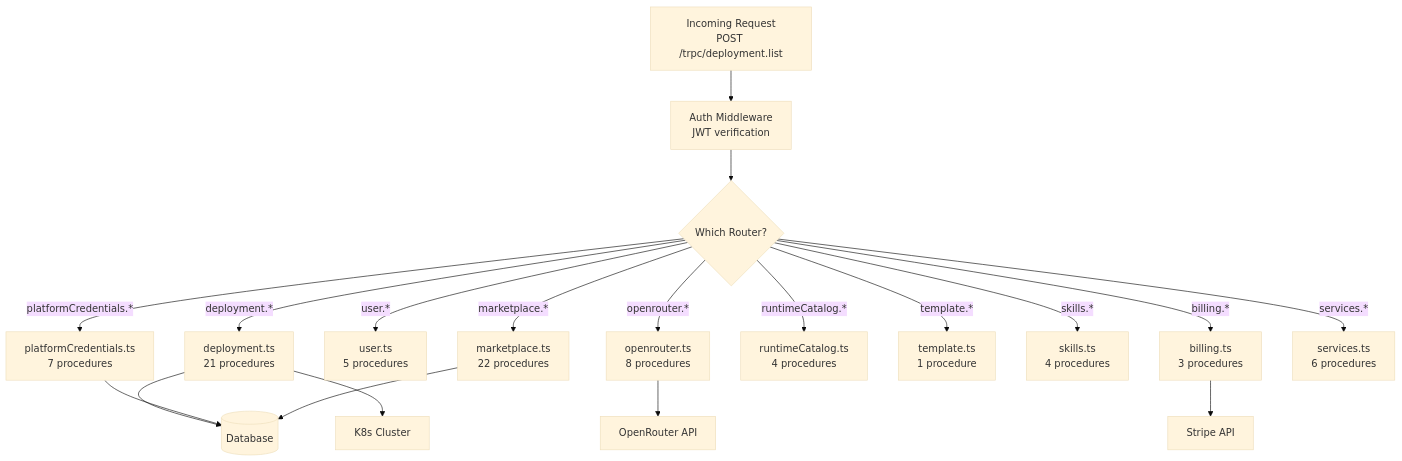
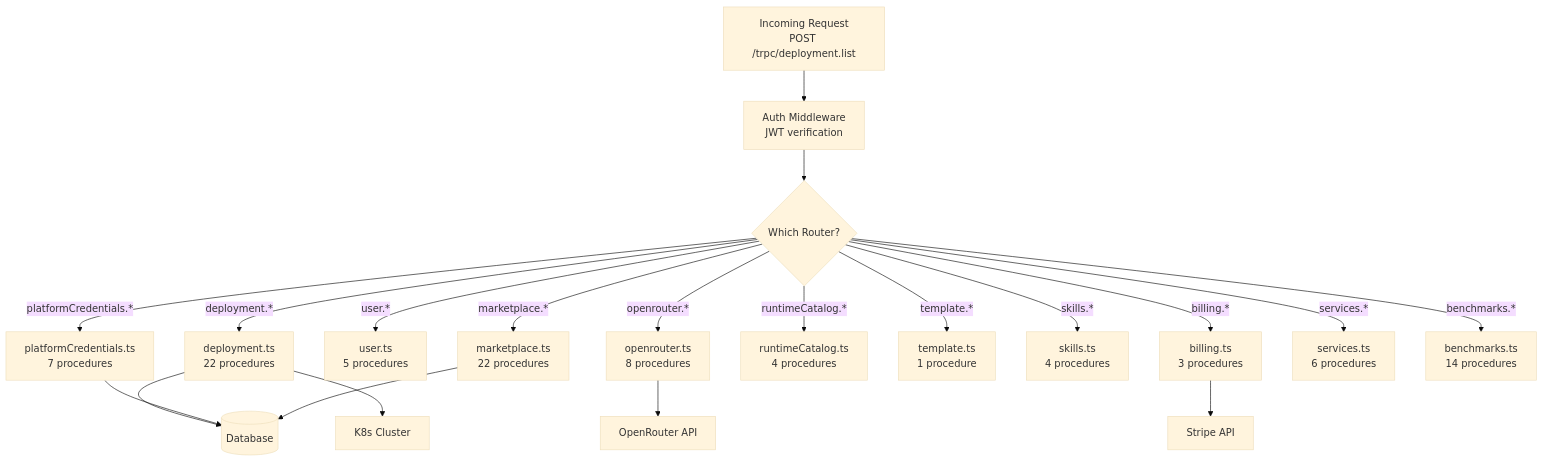
One commit to Bretthb/jarble changed the fifth of 33 diagrams in DEVELOPER-GUIDE.md. Above: the diagram before and after it, drawn with Mermaid (base theme). The commit also changed other lines of this file and 31 other files, not shown here.

````diff
--- a/DEVELOPER-GUIDE.md
+++ b/DEVELOPER-GUIDE.md
@@ -339,23 +350,24 @@
 ```mermaid
 graph TD
     REQ["Incoming Request<br/>POST /trpc/deployment.list"] --> MW["Auth Middleware<br/>JWT verification"]
     MW --> ROUTER{"Which Router?"}
 
-    ROUTER -->|"deployment.*"| DEPLOY["deployment.ts<br/>21 procedures"]
+    ROUTER -->|"deployment.*"| DEPLOY["deployment.ts<br/>22 procedures"]
     ROUTER -->|"openrouter.*"| OR["openrouter.ts<br/>8 procedures"]
     ROUTER -->|"user.*"| USER["user.ts<br/>5 procedures"]
     ROUTER -->|"billing.*"| BILL["billing.ts<br/>3 procedures"]
     ROUTER -->|"platformCredentials.*"| PLAT["platformCredentials.ts<br/>7 procedures"]
     ROUTER -->|"runtimeCatalog.*"| RUNTIME["runtimeCatalog.ts<br/>4 procedures"]
     ROUTER -->|"template.*"| TMPL["template.ts<br/>1 procedure"]
     ROUTER -->|"skills.*"| SKILLS["skills.ts<br/>4 procedures"]
     ROUTER -->|"marketplace.*"| MKT["marketplace.ts<br/>22 procedures"]
     ROUTER -->|"services.*"| SVC["services.ts<br/>6 procedures"]
+    ROUTER -->|"benchmarks.*"| BM["benchmarks.ts<br/>14 procedures"]
 
     DEPLOY --> DB[("Database")]
     DEPLOY --> K8S["K8s Cluster"]
     OR --> ORAPI["OpenRouter API"]
     BILL --> STRIPE_API["Stripe API"]
     PLAT --> DB
     MKT --> DB
 ```
````
